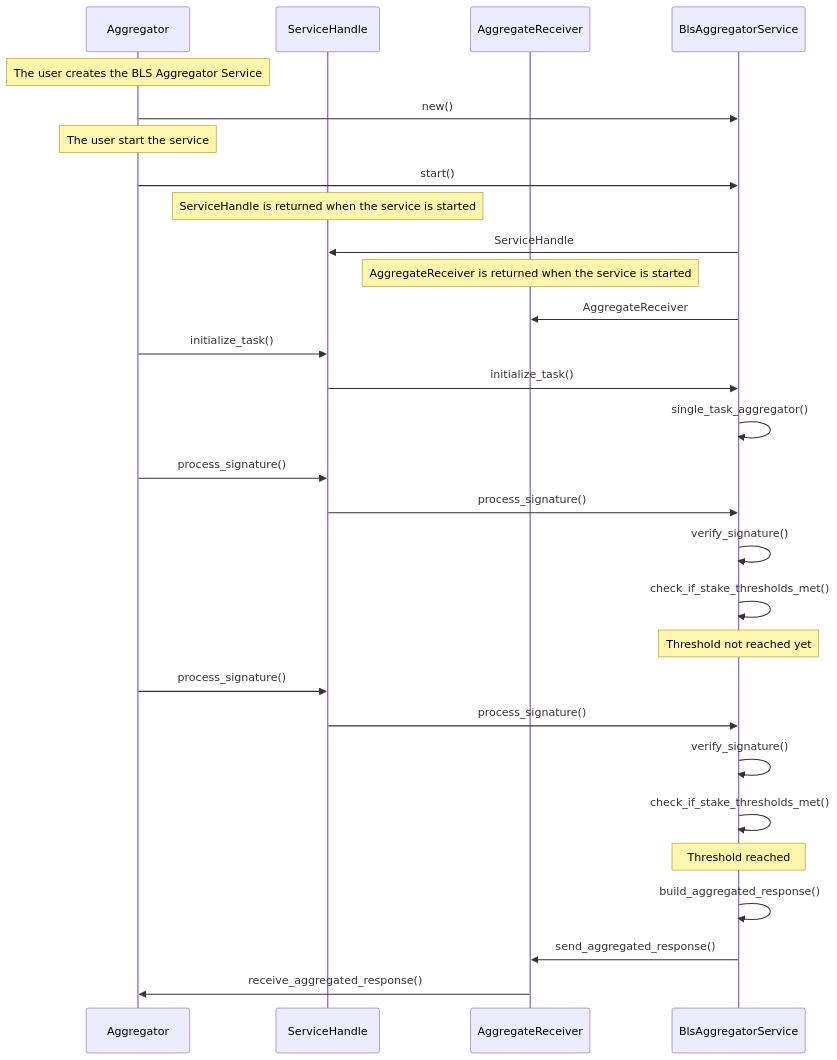
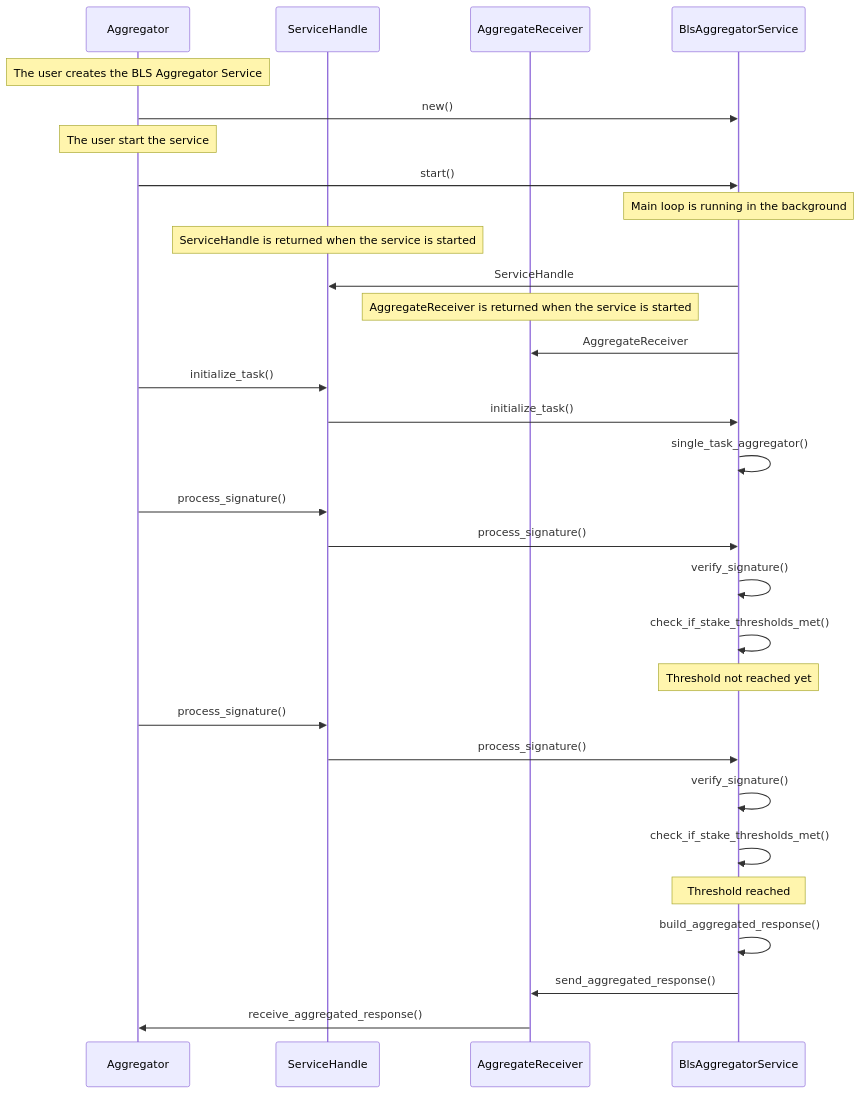
The diagram in crates/services/bls_aggregation/README.md (Layr-Labs/eigensdk-rs), drawn with Mermaid before and after one commit.

Commit message:
docs: move notes

````diff
--- a/crates/services/bls_aggregation/README.md
+++ b/crates/services/bls_aggregation/README.md
@@ -147,50 +147,50 @@
 ```mermaid
 sequenceDiagram
     participant U as Aggregator
     participant SH as ServiceHandle
     participant AR as AggregateReceiver
     participant BLS as BlsAggregatorService
 
     note over U: The user creates the BLS Aggregator Service
     U->>BLS: new()
     note over U: The user start the service
     U->>BLS: start()
+
+    note over BLS: Main loop is running in the background
 
     note over SH: ServiceHandle is returned when the service is started
     BLS->>SH: ServiceHandle 
 
     note over AR: AggregateReceiver is returned when the service is started
     BLS->>AR: AggregateReceiver 
 
     U->>SH: initialize_task() # REVIEW
 
     SH->>BLS: initialize_task()
 
     BLS->>BLS: single_task_aggregator()
     
     U->>SH: process_signature() # REVIEW
 
     SH->>BLS: process_signature()
 
     BLS->>BLS: verify_signature()
 
     BLS->>BLS: check_if_stake_thresholds_met()
-
     note over BLS: Threshold not reached yet
 
     U->>SH: process_signature() # REVIEW
 
     SH->>BLS: process_signature()
 
     BLS->>BLS: verify_signature()
 
     BLS->>BLS: check_if_stake_thresholds_met()
-
     note over BLS: Threshold reached
     
     BLS->>BLS: build_aggregated_response()
 
     BLS->>AR: send_aggregated_response()
 
     AR->>U: receive_aggregated_response()
 ```
````
